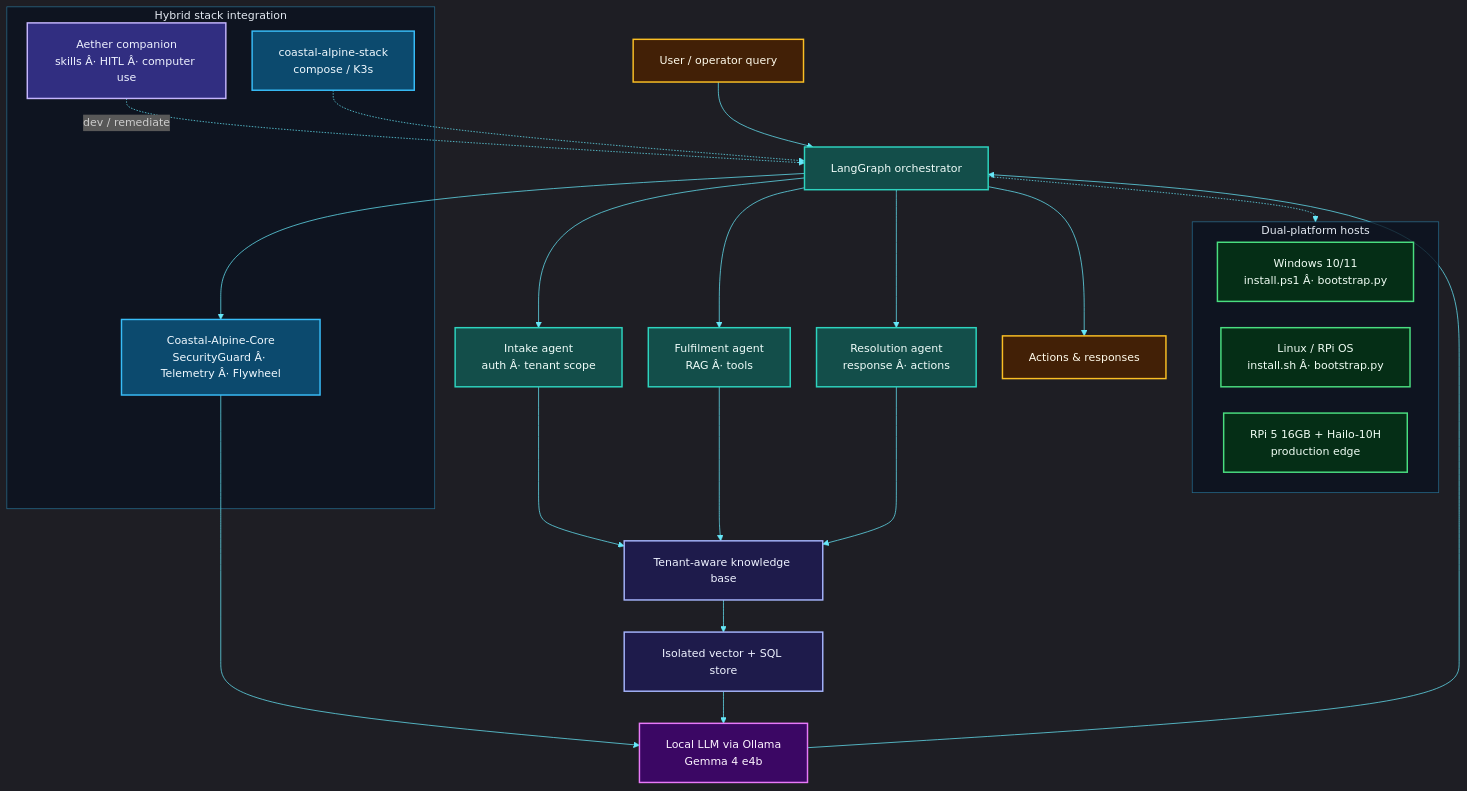
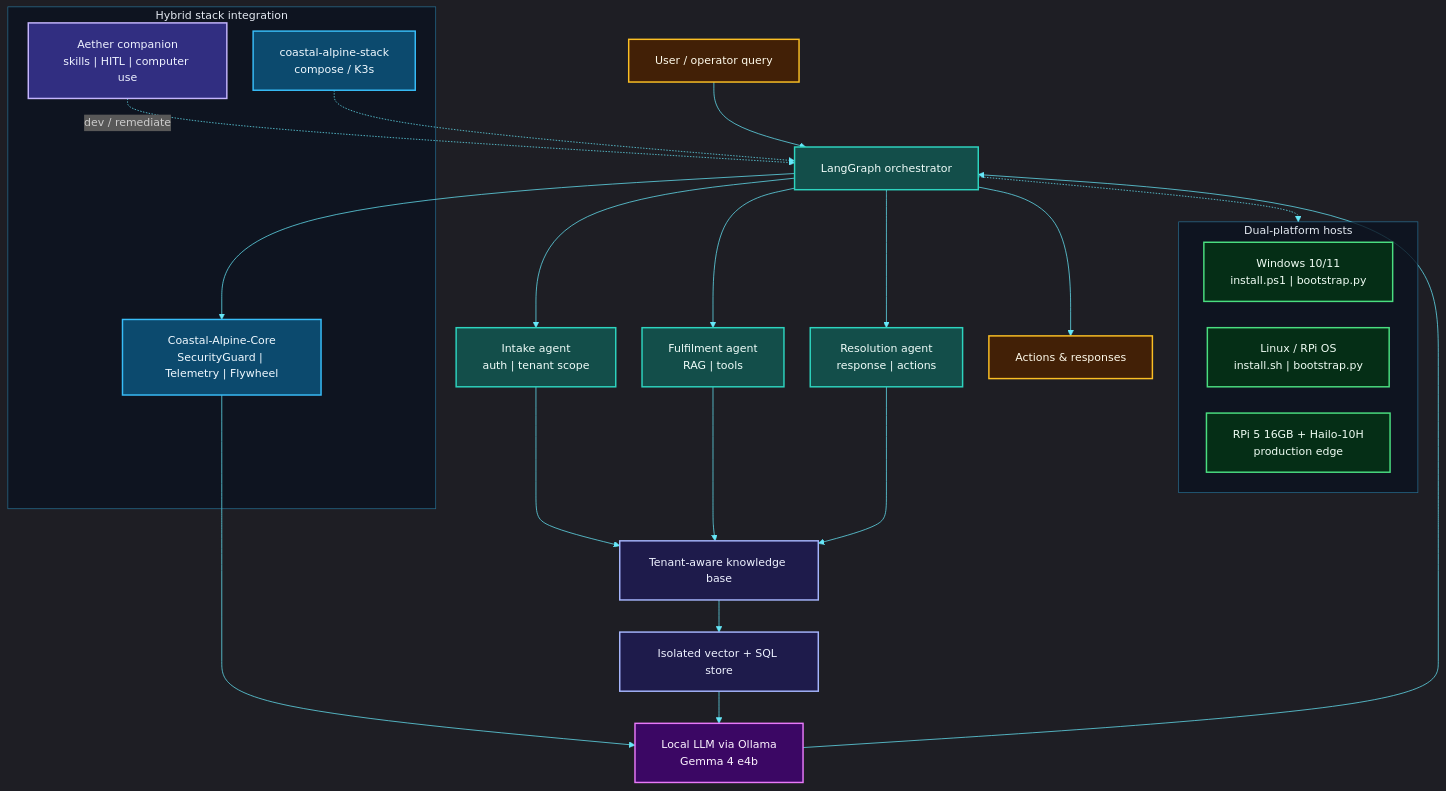
Before and after one commit to fivepanelhat/Weaver: the diagram in README.md, drawn with Mermaid. The commit also changed other lines of this file and 9 other files, not shown here.

````diff
--- a/README.md
+++ b/README.md
@@ -206,71 +206,71 @@
 ```mermaid
 %%{init: {
   "theme": "dark",
   "themeVariables": {
     "fontSize": "15px",
     "fontFamily": "Inter, ui-sans-serif, system-ui, sans-serif",
     "primaryColor": "#0ea5e9",
     "primaryTextColor": "#f8fafc",
     "primaryBorderColor": "#38bdf8",
     "lineColor": "#67e8f9",
     "secondaryColor": "#1e293b",
     "tertiaryColor": "#0f172a",
     "clusterBkg": "#0b1220cc",
     "clusterBorder": "#38bdf880",
     "titleColor": "#e2e8f0"
   },
   "flowchart": {
     "nodeSpacing": 36,
     "rankSpacing": 44,
     "padding": 18,
     "htmlLabels": true,
     "curve": "basis",
     "useMaxWidth": true
   }
 }}%%
 flowchart TB
 
     classDef act fill:#422006,stroke:#fbbf24,stroke-width:2px,color:#fffbeb
     classDef core fill:#134e4a,stroke:#2dd4bf,stroke-width:2px,color:#f0fdfa
     classDef store fill:#1e1b4b,stroke:#a5b4fc,stroke-width:2px,color:#eef2ff
     classDef ai fill:#3b0764,stroke:#e879f9,stroke-width:2px,color:#fdf4ff
     classDef sdk fill:#0c4a6e,stroke:#38bdf8,stroke-width:2px,color:#f0f9ff
     classDef host fill:#052e16,stroke:#4ade80,stroke-width:2px,color:#f0fdf4
     classDef companion fill:#312e81,stroke:#c4b5fd,stroke-width:2px,color:#eef2ff
 
     U["User / operator query"] --> ORCH["LangGraph orchestrator"]
-    ORCH --> IN["Intake agent<br/>auth Â· tenant scope"]
-    ORCH --> FU["Fulfilment agent<br/>RAG Â· tools"]
-    ORCH --> RE["Resolution agent<br/>response Â· actions"]
+    ORCH --> IN["Intake agent<br/>auth | tenant scope"]
+    ORCH --> FU["Fulfilment agent<br/>RAG | tools"]
+    ORCH --> RE["Resolution agent<br/>response | actions"]
     IN & FU & RE --> KB["Tenant-aware knowledge base"]
     KB --> STORE["Isolated vector + SQL store"]
     STORE --> LLM["Local LLM via Ollama<br/>Gemma 4 e4b"]
     LLM --> ORCH
     ORCH --> OUT["Actions & responses"]
 
     subgraph HYBRID["Hybrid stack integration"]
-        CAC["Coastal-Alpine-Core<br/>SecurityGuard Â· Telemetry Â· Flywheel"]
-        AETH["Aether companion<br/>skills Â· HITL Â· computer use"]
+        CAC["Coastal-Alpine-Core<br/>SecurityGuard | Telemetry | Flywheel"]
+        AETH["Aether companion<br/>skills | HITL | computer use"]
         CAS["coastal-alpine-stack<br/>compose / K3s"]
     end
 
     subgraph HOSTS["Dual-platform hosts"]
-        WIN["Windows 10/11<br/>install.ps1 Â· bootstrap.py"]
-        LIN["Linux / RPi OS<br/>install.sh Â· bootstrap.py"]
+        WIN["Windows 10/11<br/>install.ps1 | bootstrap.py"]
+        LIN["Linux / RPi OS<br/>install.sh | bootstrap.py"]
         RPI["RPi 5 16GB + Hailo-10H<br/>production edge"]
     end
 
     ORCH --> CAC
     CAC --> LLM
-    AETH -.->|dev / remediate| ORCH
+    AETH -.-> | dev / remediate | ORCH
     CAS -.-> ORCH
     ORCH -.-> HOSTS
 
     class U,OUT act
     class ORCH,IN,FU,RE core
     class KB,STORE store
     class LLM ai
     class CAC,CAS sdk
     class AETH companion
     class WIN,LIN,RPI host
 ```
````
